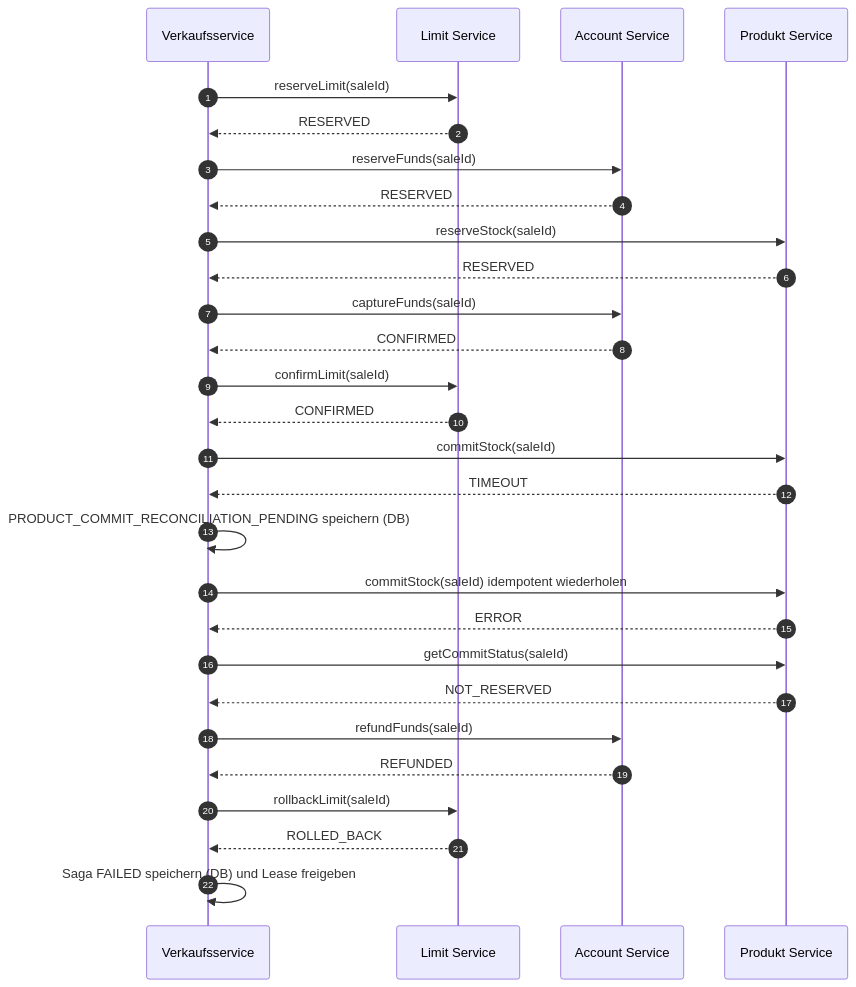
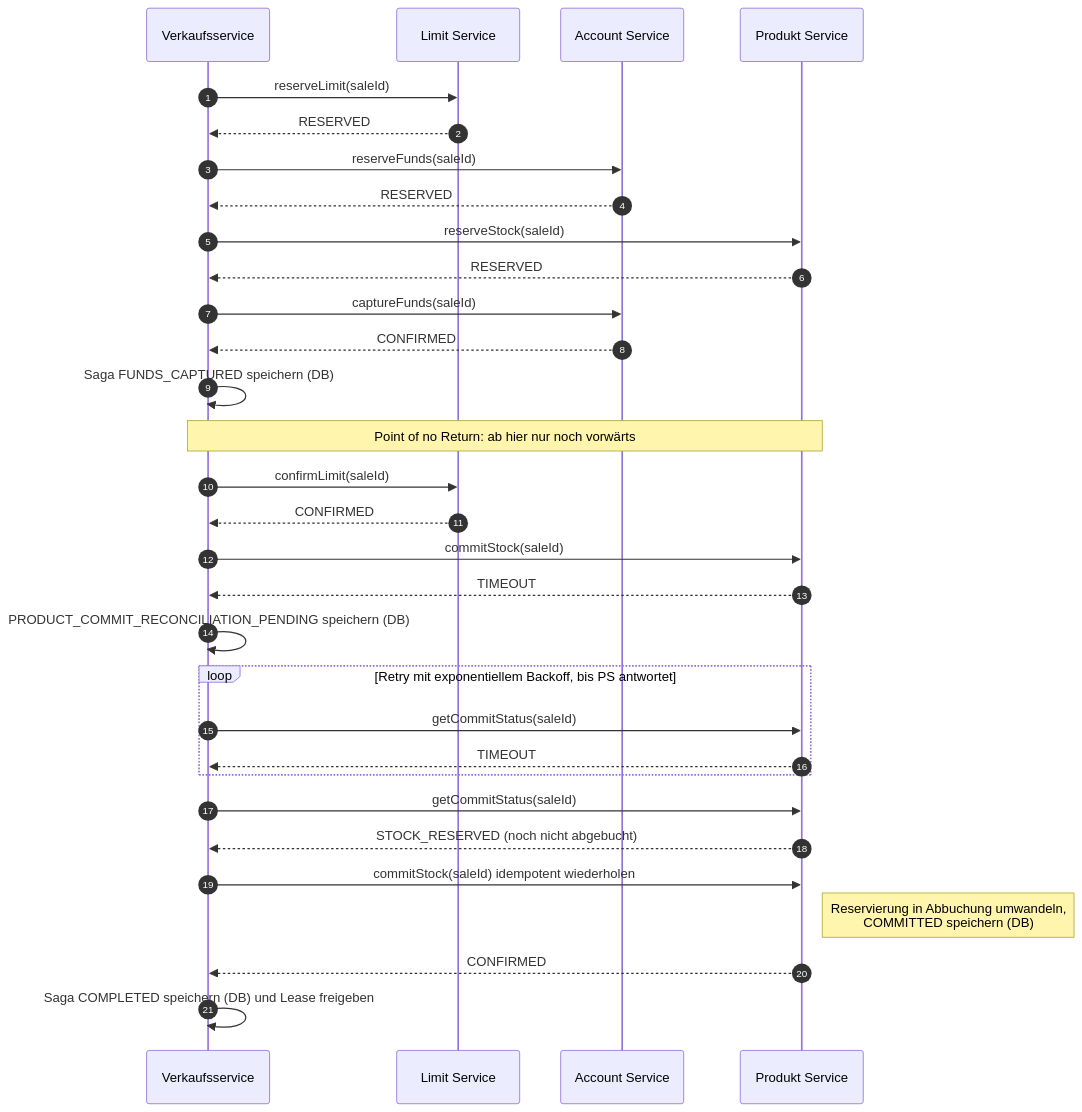
One commit to Adrian-Hansen-dev/second-hand-ticket-app changed diagram 14 of 30 in project-2/abgabe_projekt_2.md. Above: the diagram before and after it, drawn with Mermaid. The commit also changed other lines of this file, not shown here.

First line of the commit message:
Projekt 2: Point of no Return beschrieben

````diff
--- a/project-2/abgabe_projekt_2.md
+++ b/project-2/abgabe_projekt_2.md
@@ -494,32 +523,35 @@
 ```mermaid
 sequenceDiagram
     autonumber
     participant VS as Verkaufsservice
     participant LS as Limit Service
     participant AS as Account Service
     participant PS as Produkt Service
 
     VS->>LS: reserveLimit(saleId)
     LS-->>VS: RESERVED
     VS->>AS: reserveFunds(saleId)
     AS-->>VS: RESERVED
     VS->>PS: reserveStock(saleId)
     PS-->>VS: RESERVED
     VS->>AS: captureFunds(saleId)
     AS-->>VS: CONFIRMED
+    VS->>VS: Saga FUNDS_CAPTURED speichern (DB)
+    Note over VS,PS: Point of no Return: ab hier nur noch vorwärts
     VS->>LS: confirmLimit(saleId)
     LS-->>VS: CONFIRMED
 
     VS->>PS: commitStock(saleId)
     PS-->>VS: TIMEOUT
     VS->>VS: PRODUCT_COMMIT_RECONCILIATION_PENDING speichern (DB)
+    loop Retry mit exponentiellem Backoff, bis PS antwortet
+        VS->>PS: getCommitStatus(saleId)
+        PS-->>VS: TIMEOUT
+    end
+    VS->>PS: getCommitStatus(saleId)
+    PS-->>VS: STOCK_RESERVED (noch nicht abgebucht)
     VS->>PS: commitStock(saleId) idempotent wiederholen
-    PS-->>VS: ERROR
-    VS->>PS: getCommitStatus(saleId)
-    PS-->>VS: NOT_RESERVED
-    VS->>AS: refundFunds(saleId)
-    AS-->>VS: REFUNDED
-    VS->>LS: rollbackLimit(saleId)
-    LS-->>VS: ROLLED_BACK
-    VS->>VS: Saga FAILED speichern (DB) und Lease freigeben
+    Note right of PS: Reservierung in Abbuchung umwandeln,<br/>COMMITTED speichern (DB)
+    PS-->>VS: CONFIRMED
+    VS->>VS: Saga COMPLETED speichern (DB) und Lease freigeben
 ```
````
